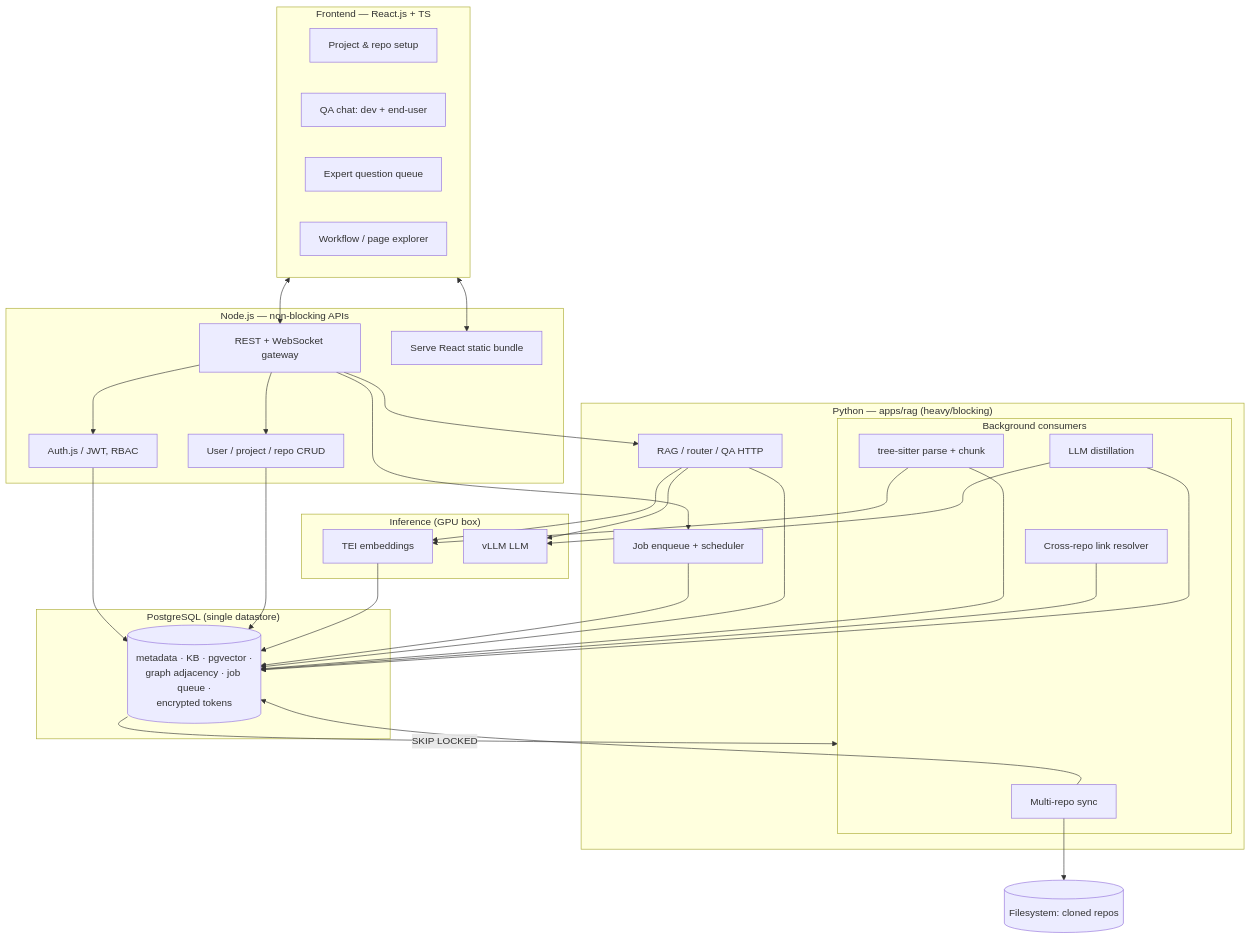
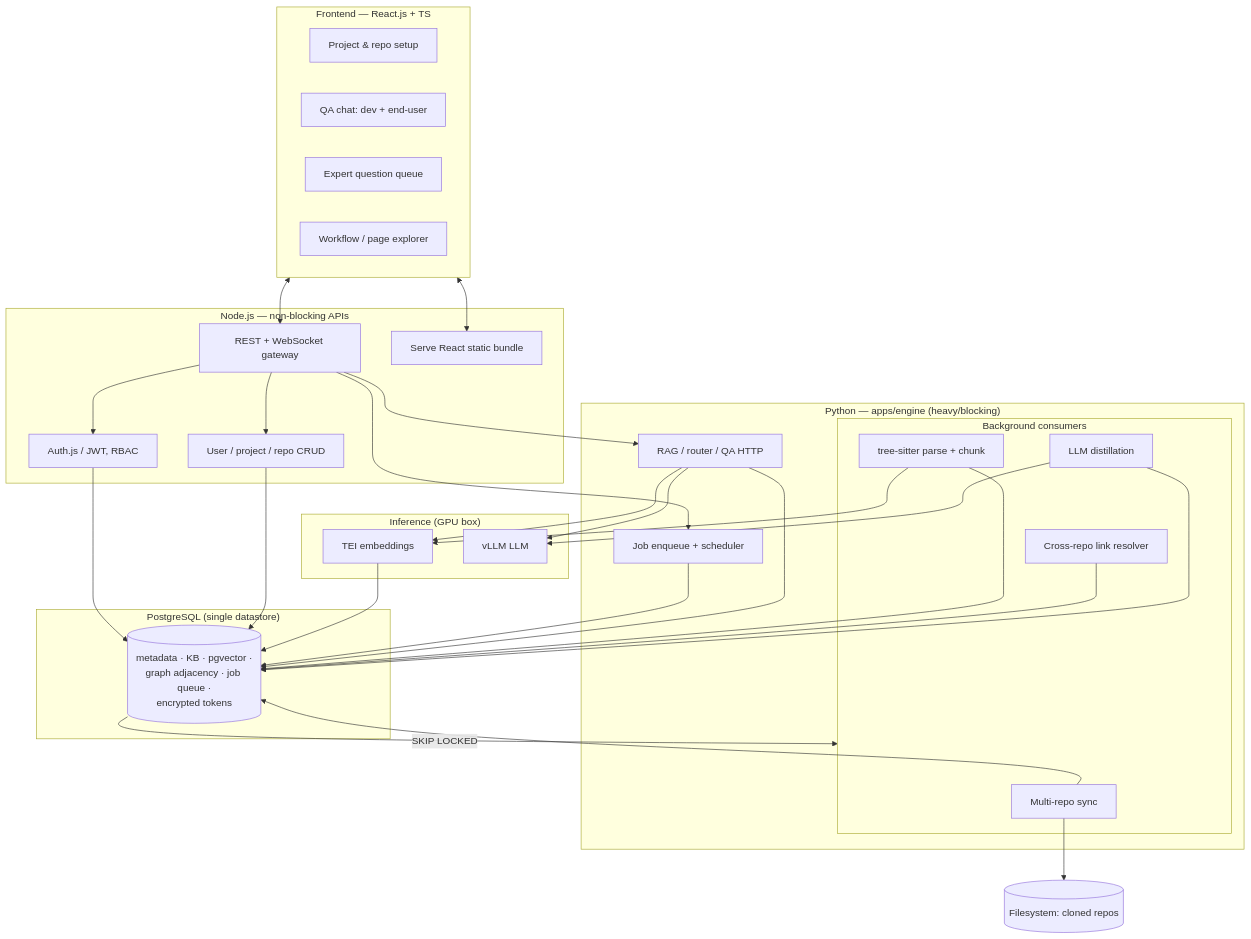
Before and after one commit to ashokduraik/CodeSage: the first of 2 diagrams in docs/final-solution.md, drawn with Mermaid. The commit also changed other lines of this file and 289 other files, not shown here.

First line of the commit message:
Rename RAG service to engine

````diff
--- a/docs/final-solution.md
+++ b/docs/final-solution.md
@@ -53,55 +53,55 @@
 ```mermaid
 flowchart TB
     subgraph FE["Frontend — React.js + TS"]
         P1[Project & repo setup]
         P2[QA chat: dev + end-user]
         P3[Expert question queue]
         P4[Workflow / page explorer]
     end
 
     subgraph NODE["Node.js — non-blocking APIs"]
         GW[REST + WebSocket gateway]
         STATIC[Serve React static bundle]
         AUTH[Auth.js / JWT, RBAC]
         CRUD[User / project / repo CRUD]
     end
 
-    subgraph PY["Python — apps/rag (heavy/blocking)"]
+    subgraph PY["Python — apps/engine (heavy/blocking)"]
         RAGSVC[RAG / router / QA HTTP]
         ORCH[Job enqueue + scheduler]
         subgraph WORK["Background consumers"]
             SYNC[Multi-repo sync]
             PARSE[tree-sitter parse + chunk]
             XREPO[Cross-repo link resolver]
             DISTILL[LLM distillation]
         end
     end
 
     subgraph DATA["PostgreSQL (single datastore)"]
         PG[(metadata · KB · pgvector ·\ngraph adjacency · job queue ·\nencrypted tokens)]
     end
     FS[(Filesystem: cloned repos)]
 
     subgraph AI["Inference (GPU box)"]
         TEI[TEI embeddings]
         VLLM[vLLM LLM]
     end
 
     FE <--> GW
     FE <--> STATIC
     GW --> AUTH --> PG
     GW --> CRUD --> PG
     GW --> RAGSVC
     GW --> ORCH --> PG
     PG -->|SKIP LOCKED| WORK
     SYNC --> FS
     SYNC --> PG
     PARSE --> PG
     PARSE --> TEI --> PG
     XREPO --> PG
     DISTILL --> VLLM
     DISTILL --> PG
     RAGSVC --> PG
     RAGSVC --> VLLM
     RAGSVC --> TEI
 ```
````
